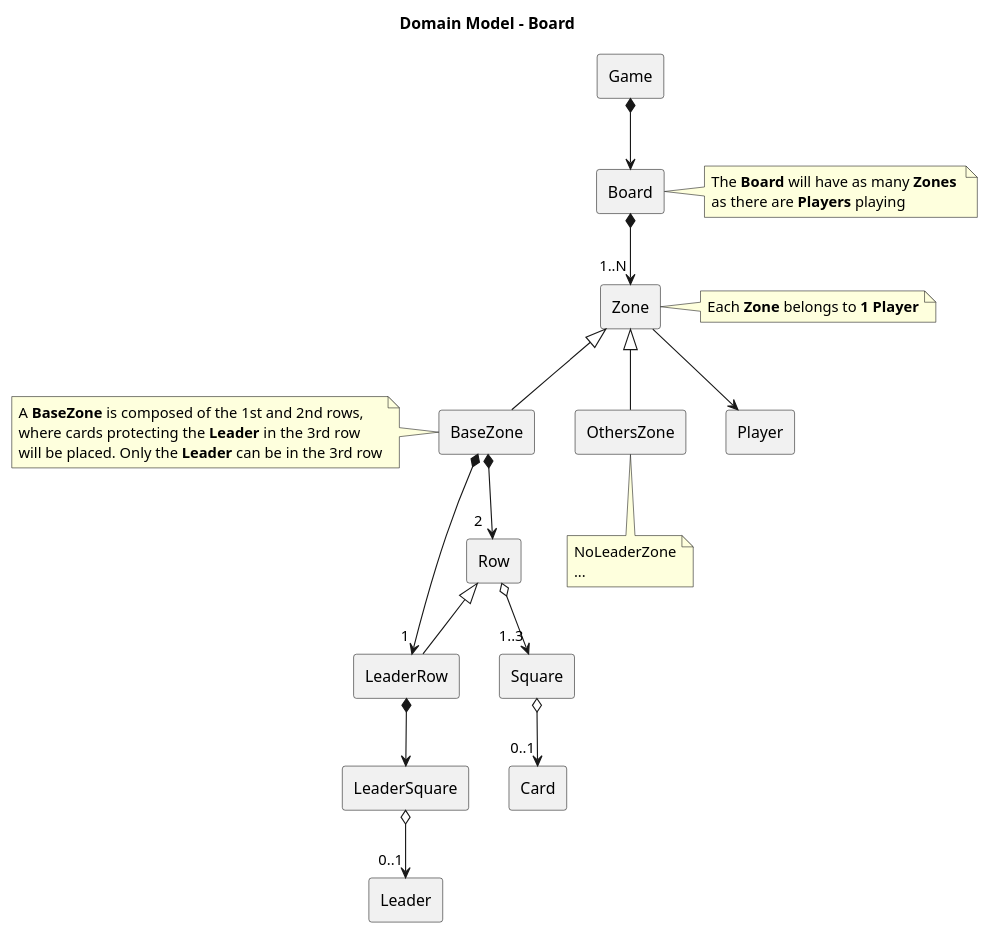
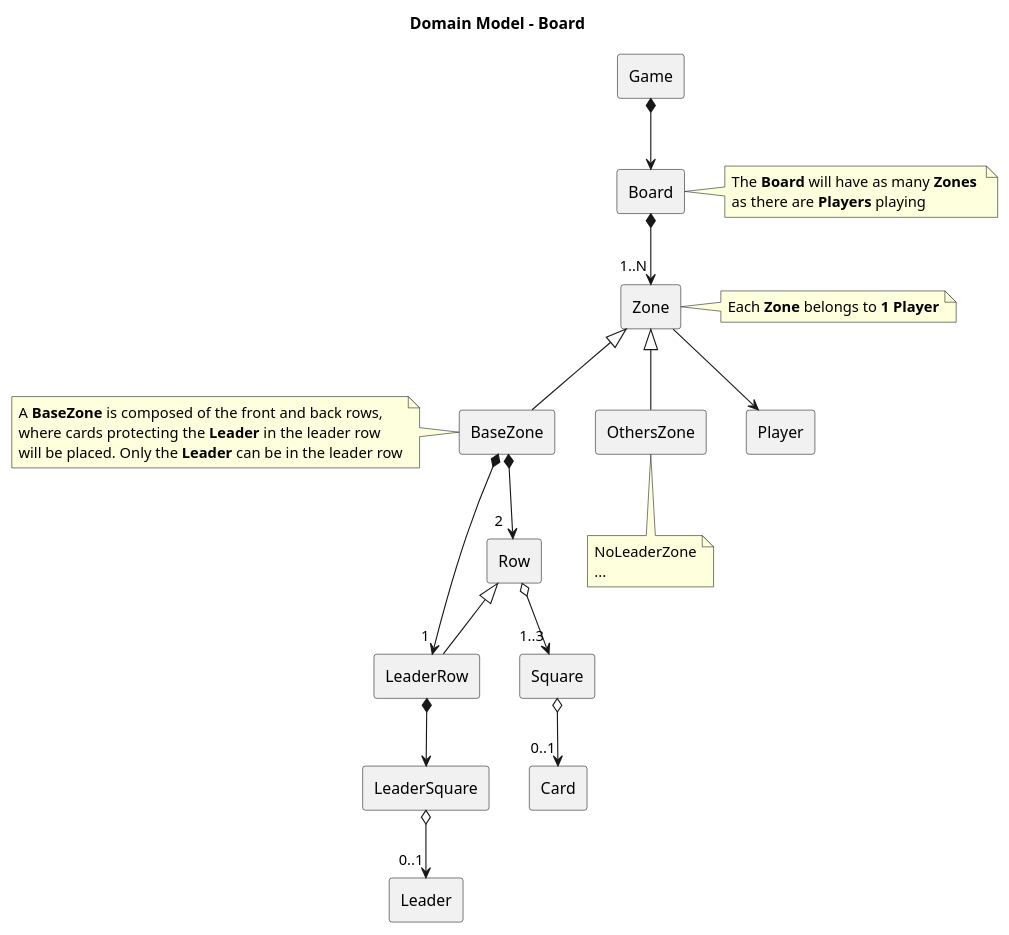
The diagram in docs/development/diagrams/domain_model-board.plantuml (DainWs/Crazy-Random-Multiverse), drawn with PlantUML before and after one commit. The commit also changed 2 other files, not shown here.

Commit message:
name the board rows and update the contract for zero stats and lost events

```diff
--- a/docs/development/diagrams/domain_model-board.plantuml
+++ b/docs/development/diagrams/domain_model-board.plantuml
@@ -1,55 +1,55 @@
 @startuml
 title "Domain Model - Board"
 
 rectangle Game
 rectangle Board
 rectangle Zone
 rectangle BaseZone
 rectangle OthersZone
 rectangle Player
 rectangle Row
 rectangle LeaderRow
 rectangle LeaderSquare
 rectangle Square
 rectangle Card
 rectangle Leader
 
 Game *--> Board
 Board *--> "1..N" Zone
 
 Zone --> Player
 Zone <|-- BaseZone
 Zone <|-- OthersZone
 
 BaseZone *--> "1 " LeaderRow
 BaseZone *--> "2  " Row
 
 Row o--> "1..3" Square
 Row <|-- LeaderRow
 
 LeaderRow *--> LeaderSquare
 
 Square o--> "0..1" Card
 LeaderSquare o--> "0..1" Leader
 
 note right of Board
 	The **Board** will have as many **Zones** 
 	as there are **Players** playing
 end note
 
 note right of Zone
 	Each **Zone** belongs to **1 Player**
 end note
 
 note left of BaseZone
-	A **BaseZone** is composed of the 1st and 2nd rows,
-	where cards protecting the **Leader** in the 3rd row
-	will be placed. Only the **Leader** can be in the 3rd row
+	A **BaseZone** is composed of the front and back rows,
+	where cards protecting the **Leader** in the leader row
+	will be placed. Only the **Leader** can be in the leader row
 end note 
 
 note bottom of OthersZone
  NoLeaderZone
  ...
 end note
 
 @enduml
```
